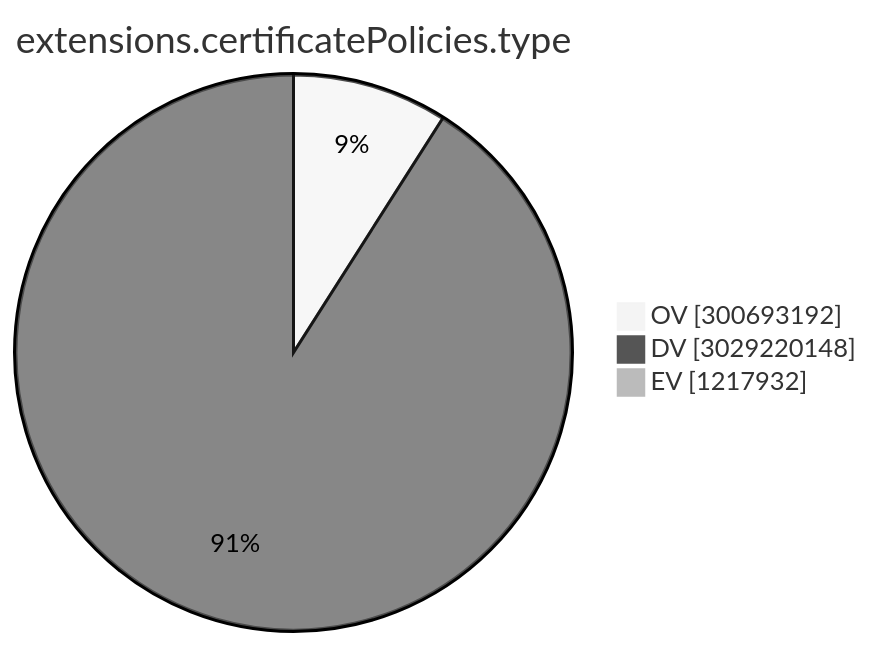
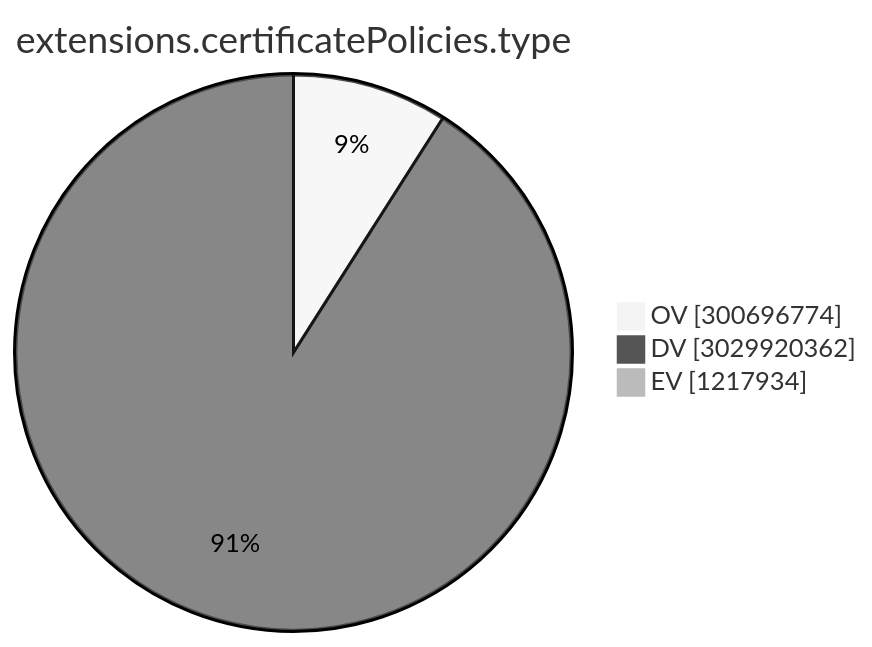
Before and after one commit to christiankrug/ctmonitor_visualization: the ninth of 15 diagrams in TOTAL/README.md, drawn with Mermaid (neutral theme). The commit also changed other lines of this file, not shown here.

````diff
--- a/TOTAL/README.md
+++ b/TOTAL/README.md
@@ -3102,7 +3102,7 @@
 ```mermaid
 pie showData
 title extensions.certificatePolicies.type
-"OV" :300693192
-"DV" :3029220148
-"EV" :1217932
+"OV" :300696774
+"DV" :3029920362
+"EV" :1217934
 ```
````
